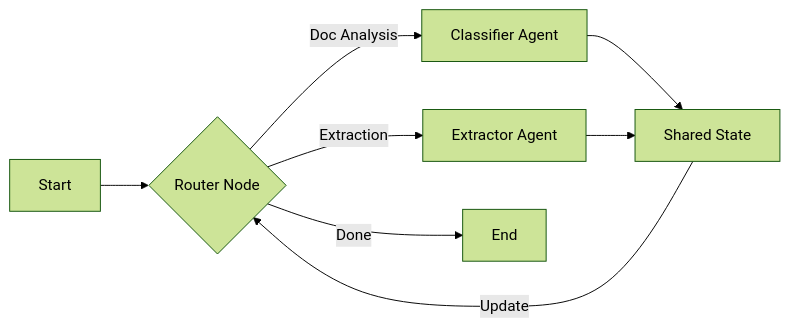
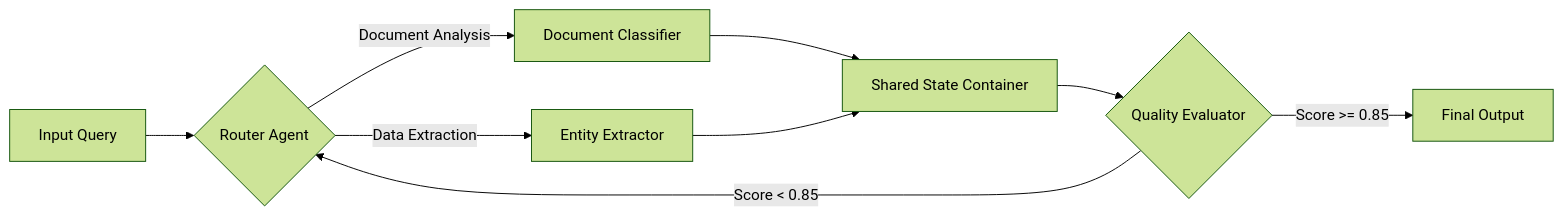
Before and after one commit to sricheru/agentic-ai-portfolio: the third of 20 diagrams in genai_enterprise_usecases/ARCHITECTURE_GUIDE.md, drawn with Mermaid (forest theme). The commit also changed other lines of this file, not shown here.

Commit message:
fix(mermaid): resolve dagre-d3 edge collision in all 20 diagrams

````diff
--- a/genai_enterprise_usecases/ARCHITECTURE_GUIDE.md
+++ b/genai_enterprise_usecases/ARCHITECTURE_GUIDE.md
@@ -59,10 +59,11 @@
 ```mermaid
 graph LR
-    Start --> Router{Router Node}
-    Router -->|Doc Analysis| Classifier[Classifier Agent]
-    Router -->|Extraction| Extractor[Extractor Agent]
-    Classifier --> State[Shared State]
-    Extractor --> State
-    State -->|Update| Router
-    Router -->|Done| EndNode["End"]
+    StartNode["Input Query"] --> Router{"Router Agent"}
+    Router -->|Document Analysis| Classifier["Document Classifier"]
+    Router -->|Data Extraction| Extractor["Entity Extractor"]
+    Classifier --> StateReducer["Shared State Container"]
+    Extractor --> StateReducer
+    StateReducer --> Evaluator{"Quality Evaluator"}
+    Evaluator -->|Score < 0.85| Router
+    Evaluator -->|Score >= 0.85| EndNode["Final Output"]
 ```
````
